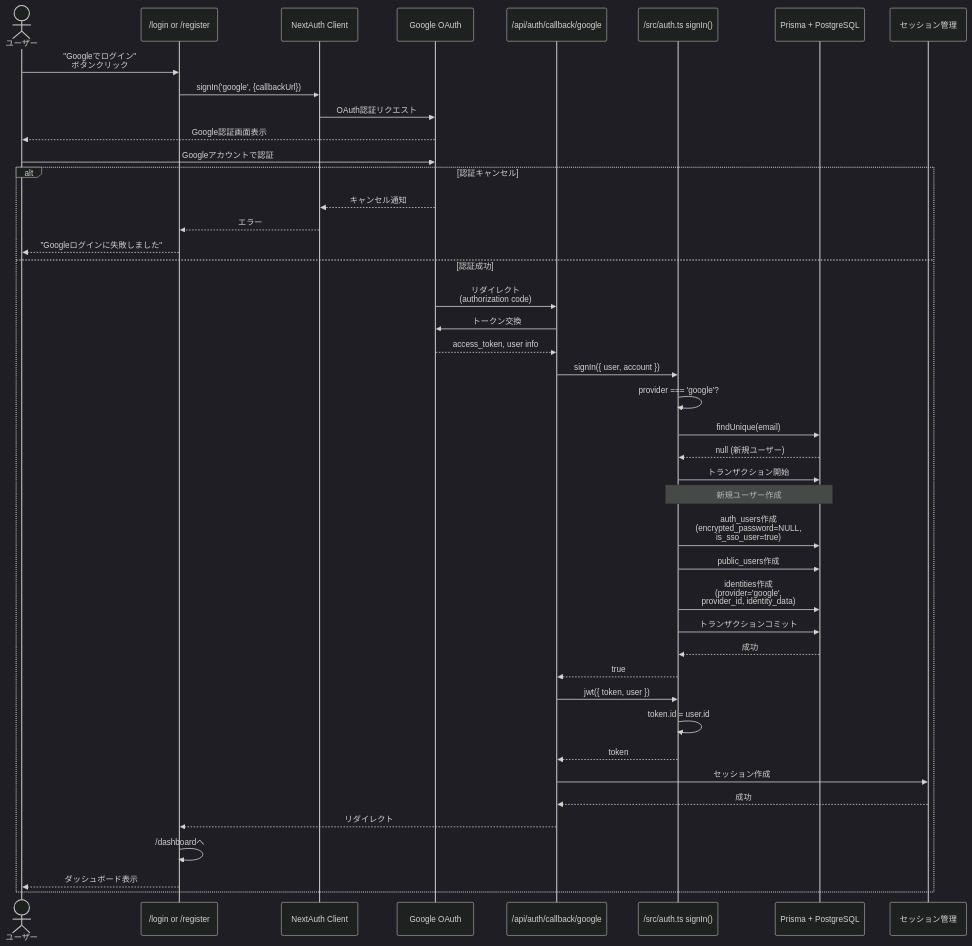
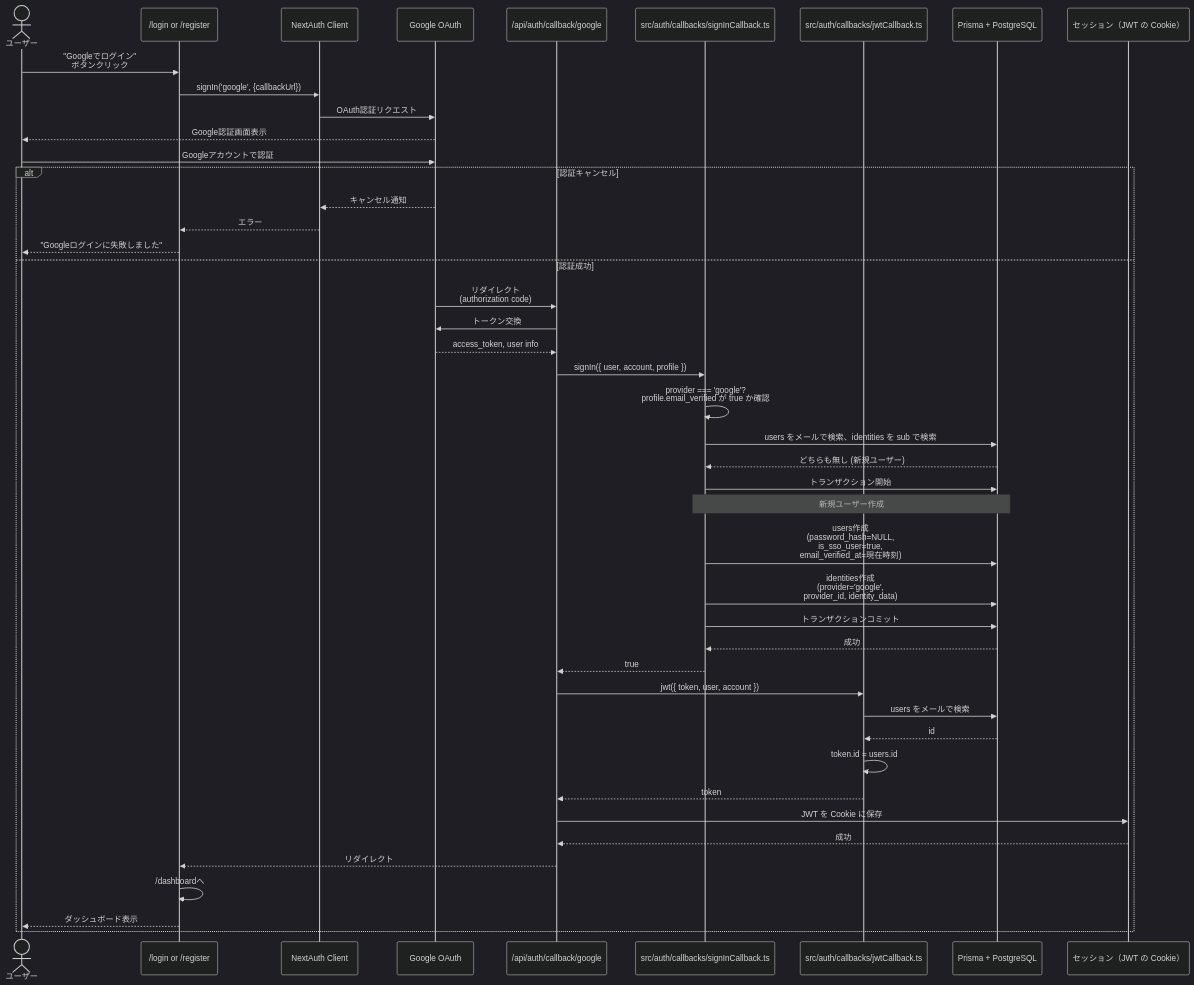
The fourth of 11 diagrams in docs/reference/authentication-diagrams.md (kazumadev619-dev/FishingConditionsApp), drawn with Mermaid (dark theme) before and after one commit. The commit also changed other lines of this file and 6 other files, not shown here.

````diff
--- a/docs/reference/authentication-diagrams.md
+++ b/docs/reference/authentication-diagrams.md
@@ -204,53 +205,55 @@
 ```mermaid
 sequenceDiagram
     actor User as ユーザー
     participant UI as /login or /register
     participant NextAuth as NextAuth Client
     participant Google as Google OAuth
     participant Callback as /api/auth/callback/google
-    participant AuthTS as /src/auth.ts signIn()
+    participant AuthTS as src/auth/callbacks/signInCallback.ts
+    participant JWT as src/auth/callbacks/jwtCallback.ts
     participant DB as Prisma + PostgreSQL
-    participant Session as セッション管理
+    participant Session as セッション（JWT の Cookie）
 
     User->>UI: "Googleでログイン"<br/>ボタンクリック
     UI->>NextAuth: signIn('google', {callbackUrl})
     NextAuth->>Google: OAuth認証リクエスト
 
     Google-->>User: Google認証画面表示
     User->>Google: Googleアカウントで認証
 
     alt 認証キャンセル
         Google-->>NextAuth: キャンセル通知
         NextAuth-->>UI: エラー
         UI-->>User: "Googleログインに失敗しました"
     else 認証成功
         Google->>Callback: リダイレクト<br/>(authorization code)
         Callback->>Google: トークン交換
         Google-->>Callback: access_token, user info
 
-        Callback->>AuthTS: signIn({ user, account })
-        AuthTS->>AuthTS: provider === 'google'?
-        AuthTS->>DB: findUnique(email)
-        DB-->>AuthTS: null (新規ユーザー)
+        Callback->>AuthTS: signIn({ user, account, profile })
+        AuthTS->>AuthTS: provider === 'google'?<br/>profile.email_verified が true か確認
+        AuthTS->>DB: users をメールで検索、identities を sub で検索
+        DB-->>AuthTS: どちらも無し (新規ユーザー)
 
         AuthTS->>DB: トランザクション開始
         Note over AuthTS,DB: 新規ユーザー作成
-        AuthTS->>DB: auth_users作成<br/>(encrypted_password=NULL,<br/>is_sso_user=true)
-        AuthTS->>DB: public_users作成
+        AuthTS->>DB: users作成<br/>(password_hash=NULL,<br/>is_sso_user=true,<br/>email_verified_at=現在時刻)
         AuthTS->>DB: identities作成<br/>(provider='google',<br/>provider_id, identity_data)
         AuthTS->>DB: トランザクションコミット
         DB-->>AuthTS: 成功
 
         AuthTS-->>Callback: true
-        Callback->>AuthTS: jwt({ token, user })
-        AuthTS->>AuthTS: token.id = user.id
-        AuthTS-->>Callback: token
+        Callback->>JWT: jwt({ token, user, account })
+        JWT->>DB: users をメールで検索
+        DB-->>JWT: id
+        JWT->>JWT: token.id = users.id
+        JWT-->>Callback: token
 
-        Callback->>Session: セッション作成
+        Callback->>Session: JWT を Cookie に保存
         Session-->>Callback: 成功
 
         Callback-->>UI: リダイレクト
         UI->>UI: /dashboardへ
         UI-->>User: ダッシュボード表示
     end
 ```
````
